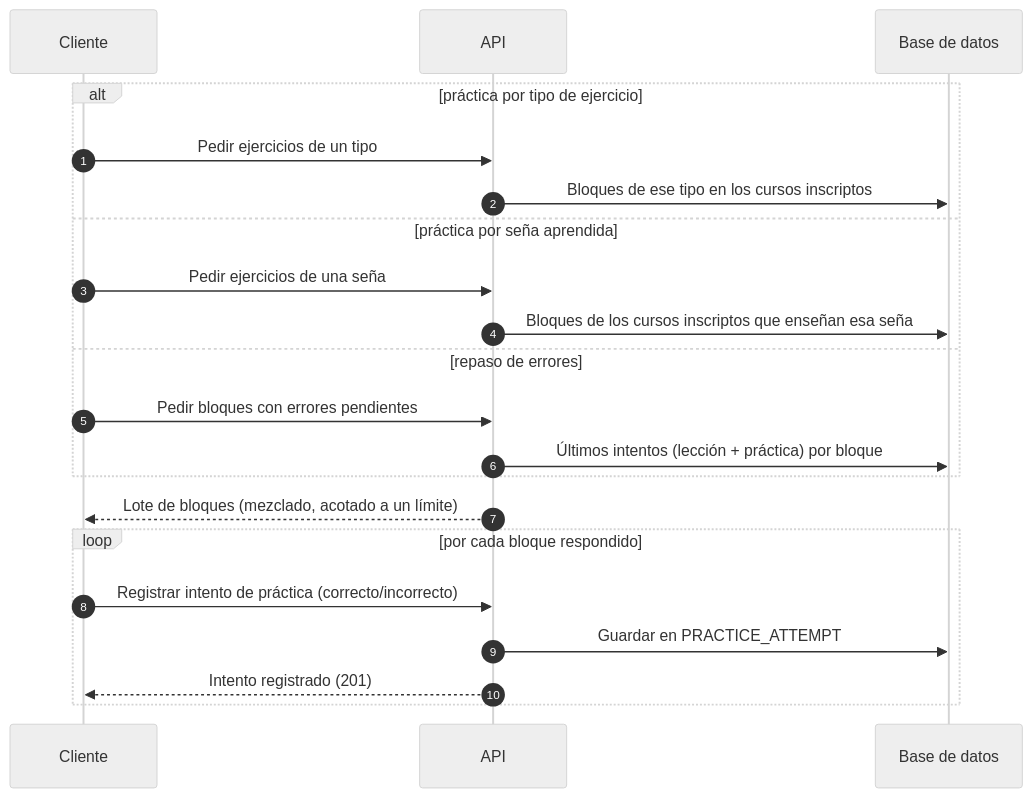
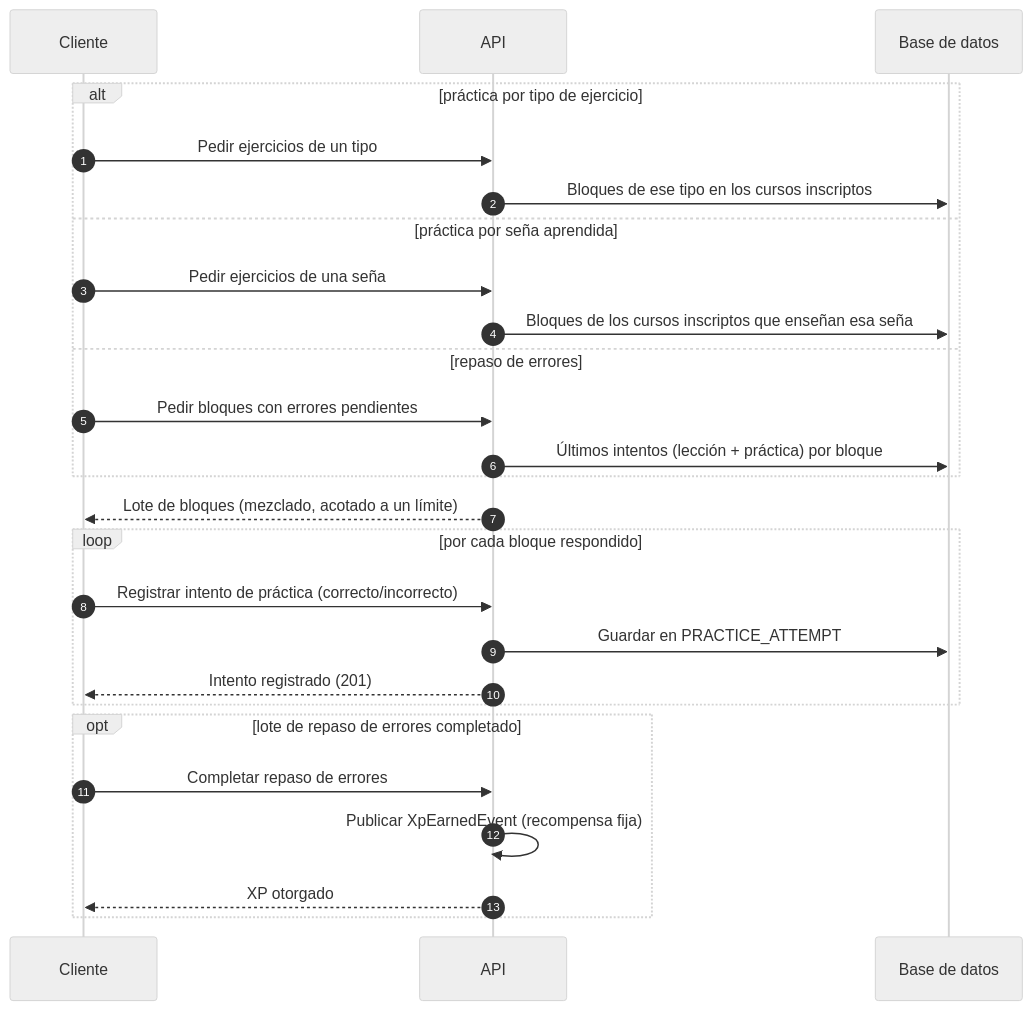
One commit to signasource/signa-api changed diagram 15 of 21 in docs/diagrams/sequence.md. Above: the diagram before and after it, drawn with Mermaid (neutral theme). The commit also changed other lines of this file and 6 other files, not shown here.

Commit message:
feat(practice): otorga XP al completar el repaso de errores

````diff
--- a/docs/diagrams/sequence.md
+++ b/docs/diagrams/sequence.md
@@ -381,25 +386,31 @@
 ```mermaid
 sequenceDiagram
     autonumber
     participant C as Cliente
     participant API as API
     participant DB as Base de datos
 
     alt práctica por tipo de ejercicio
         C->>API: Pedir ejercicios de un tipo
         API->>DB: Bloques de ese tipo en los cursos inscriptos
     else práctica por seña aprendida
         C->>API: Pedir ejercicios de una seña
         API->>DB: Bloques de los cursos inscriptos que enseñan esa seña
     else repaso de errores
         C->>API: Pedir bloques con errores pendientes
         API->>DB: Últimos intentos (lección + práctica) por bloque
     end
     API-->>C: Lote de bloques (mezclado, acotado a un límite)
 
     loop por cada bloque respondido
         C->>API: Registrar intento de práctica (correcto/incorrecto)
         API->>DB: Guardar en PRACTICE_ATTEMPT
         API-->>C: Intento registrado (201)
     end
+
+    opt lote de repaso de errores completado
+        C->>API: Completar repaso de errores
+        API->>API: Publicar XpEarnedEvent (recompensa fija)
+        API-->>C: XP otorgado
+    end
 ```
````
